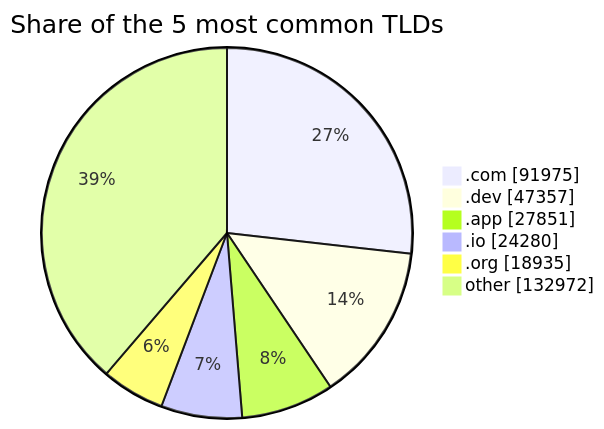
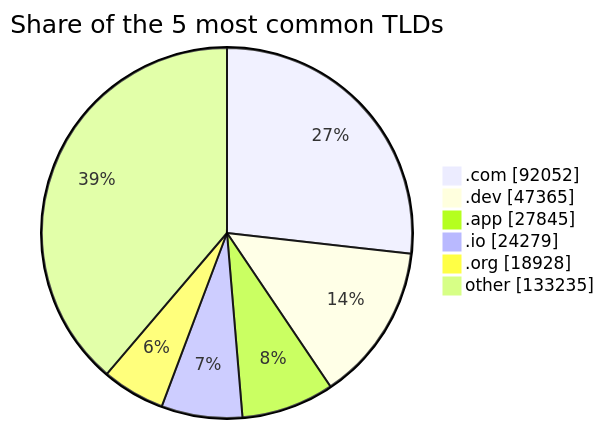
One commit to DNSBunker/CTI changed the third of 3 diagrams in README.md. Above: the diagram before and after it, drawn with Mermaid. The commit also changed other lines of this file and 3 other files, not shown here.

````diff
--- a/README.md
+++ b/README.md
@@ -81,9 +81,9 @@
 ```mermaid
 pie showData title Share of the 5 most common TLDs
-    ".com" : 91975
-    ".dev" : 47357
-    ".app" : 27851
-    ".io" : 24280
-    ".org" : 18935
-    "other" : 132972
+    ".com" : 92052
+    ".dev" : 47365
+    ".app" : 27845
+    ".io" : 24279
+    ".org" : 18928
+    "other" : 133235
 ```
````
